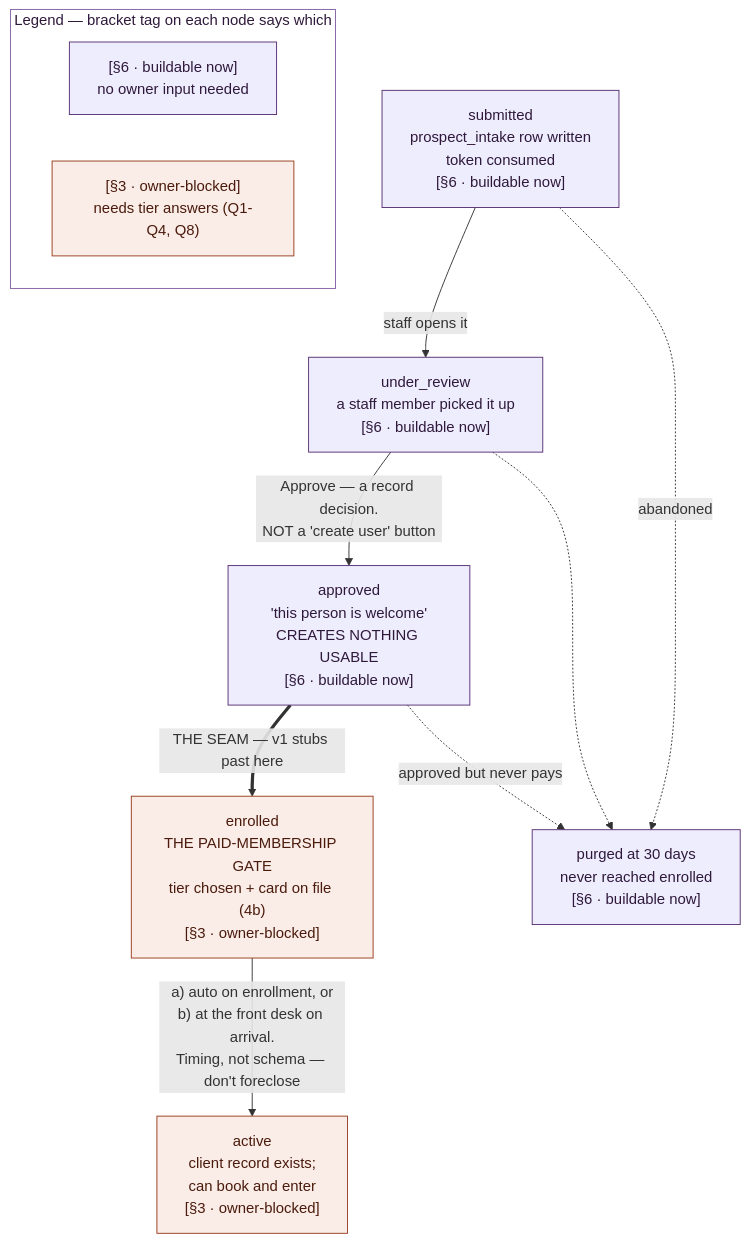
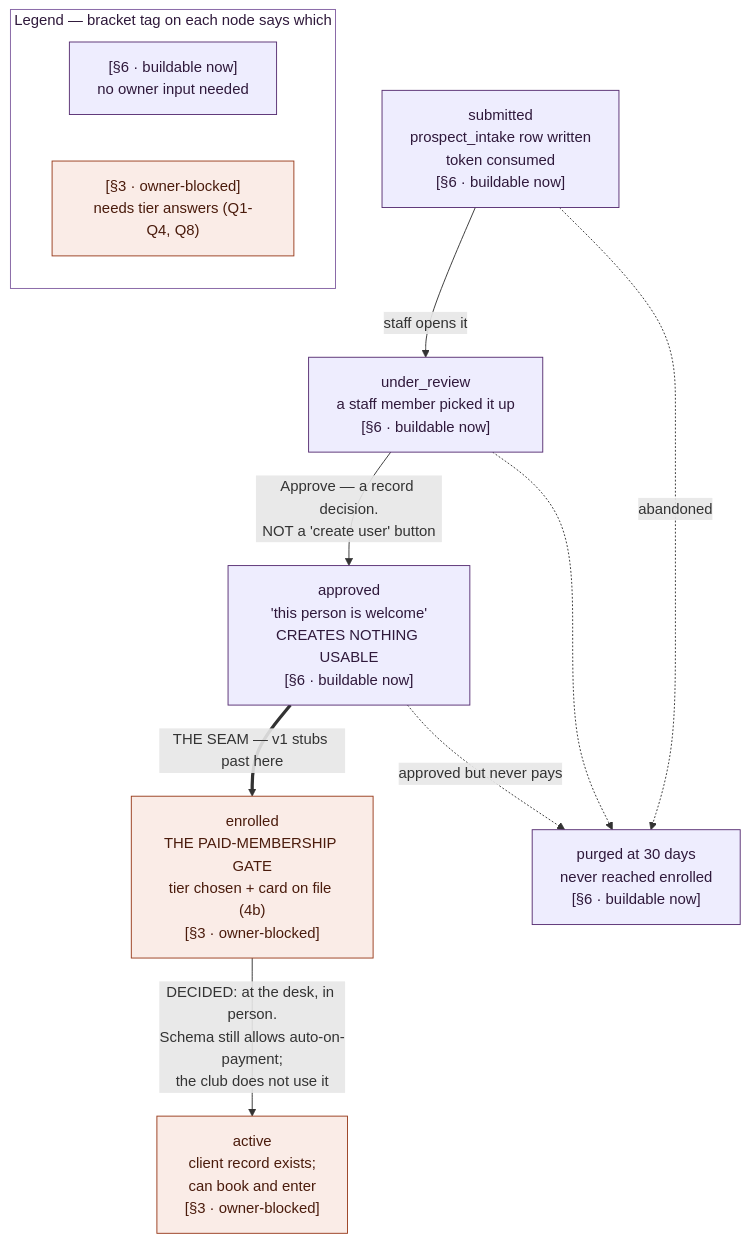
Before and after one commit to danielnedelcu/the-reserve: the diagram in docs/design/prospective-onboarding-design.md, drawn with Mermaid. The commit also changed other lines of this file and 1 other file, not shown here.

````diff
--- a/docs/design/prospective-onboarding-design.md
+++ b/docs/design/prospective-onboarding-design.md
@@ -37,30 +37,30 @@
 ```mermaid
 flowchart TB
     SUB["submitted<br/>prospect_intake row written<br/>token consumed<br/>[§6 · buildable now]"]
     REV["under_review<br/>a staff member picked it up<br/>[§6 · buildable now]"]
     APP["approved<br/>'this person is welcome'<br/>CREATES NOTHING USABLE<br/>[§6 · buildable now]"]
     ENR["enrolled<br/>THE PAID-MEMBERSHIP GATE<br/>tier chosen + card on file (4b)<br/>[§3 · owner-blocked]"]
     ACT["active<br/>client record exists;<br/>can book and enter<br/>[§3 · owner-blocked]"]
     PURGE["purged at 30 days<br/>never reached enrolled<br/>[§6 · buildable now]"]
 
     SUB -->|"staff opens it"| REV
     REV -->|"Approve — a record decision.<br/>NOT a 'create user' button"| APP
     APP ==>|"THE SEAM — v1 stubs past here"| ENR
-    ENR -->|"a) auto on enrollment, or<br/>b) at the front desk on arrival.<br/>Timing, not schema — don't foreclose"| ACT
+    ENR -->|"DECIDED: at the desk, in person.<br/>Schema still allows auto-on-payment;<br/>the club does not use it"| ACT
 
     SUB -.->|"abandoned"| PURGE
     REV -.-> PURGE
     APP -.->|"approved but never pays"| PURGE
 
     subgraph LEGEND["Legend — bracket tag on each node says which"]
         L6["[§6 · buildable now]<br/>no owner input needed"]
         L3["[§3 · owner-blocked]<br/>needs tier answers (Q1-Q4, Q8)"]
     end
 
     classDef now fill:#EEEDFE,stroke:#572e72,color:#2f193b
     class SUB,REV,APP,PURGE,L6 now
     classDef blocked fill:#FAECE7,stroke:#993C1D,color:#4A1B0C
     class ENR,ACT,L3 blocked
     classDef legendbox fill:#FFFFFF,stroke:#8260a2,color:#2f193b
     class LEGEND legendbox
 ```
````
